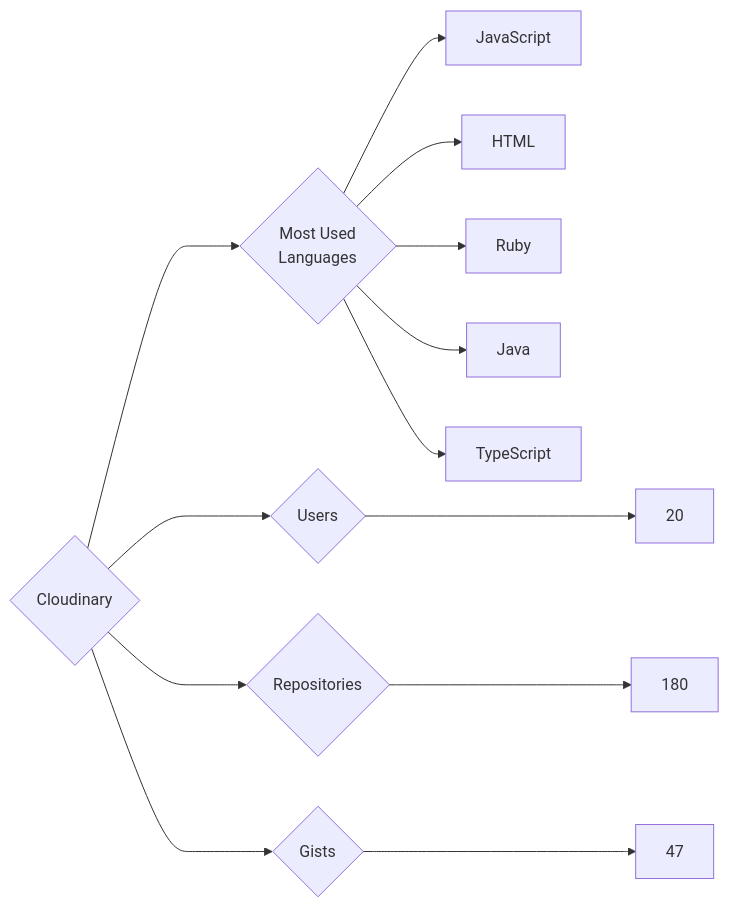
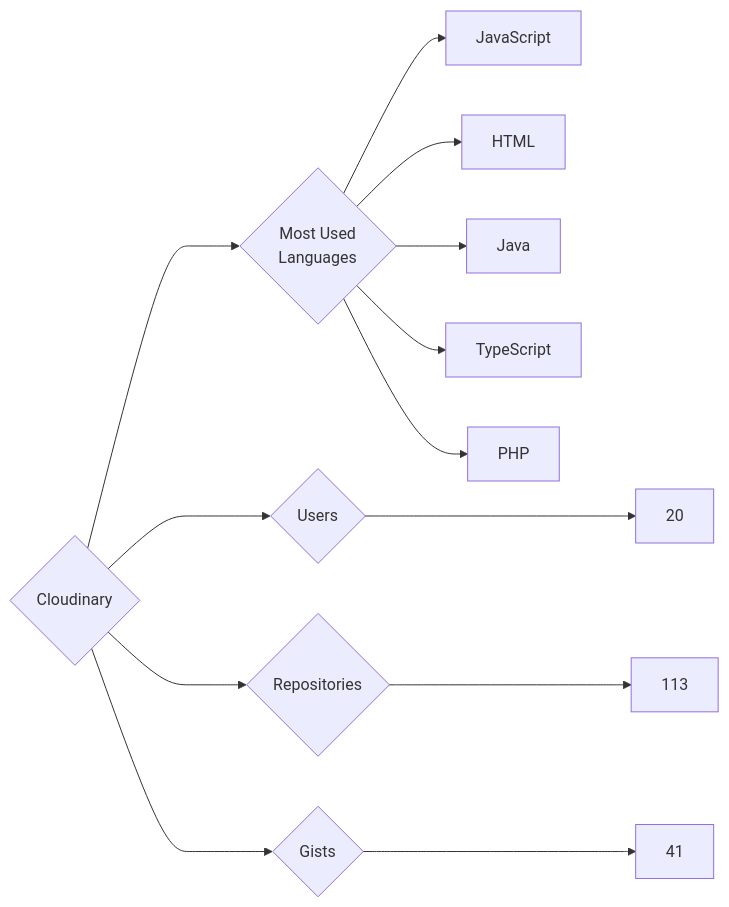
Before and after one commit to trickest/insiders: the diagram in targets/Cloudinary/README.md, drawn with Mermaid. The commit also changed 953 other files, not shown here.

````diff
--- a/targets/Cloudinary/README.md
+++ b/targets/Cloudinary/README.md
@@ -3,13 +3,13 @@
 ```mermaid
 graph LR
 COMPANY_NAME{Cloudinary}
 COMPANY_NAME ---> U{Users} ---> UN[20]
-COMPANY_NAME ---> R{Repositories} ---> RN[180]
-COMPANY_NAME ---> G{Gists} ---> GN[47]
+COMPANY_NAME ---> R{Repositories} ---> RN[113]
+COMPANY_NAME ---> G{Gists} ---> GN[41]
 COMPANY_NAME ---> ML{Most Used<br>Languages}
 ML --> JavaScript[JavaScript]
 ML --> HTML[HTML]
-ML --> Ruby[Ruby]
 ML --> Java[Java]
 ML --> TypeScript[TypeScript]
+ML --> PHP[PHP]
 ```
````
